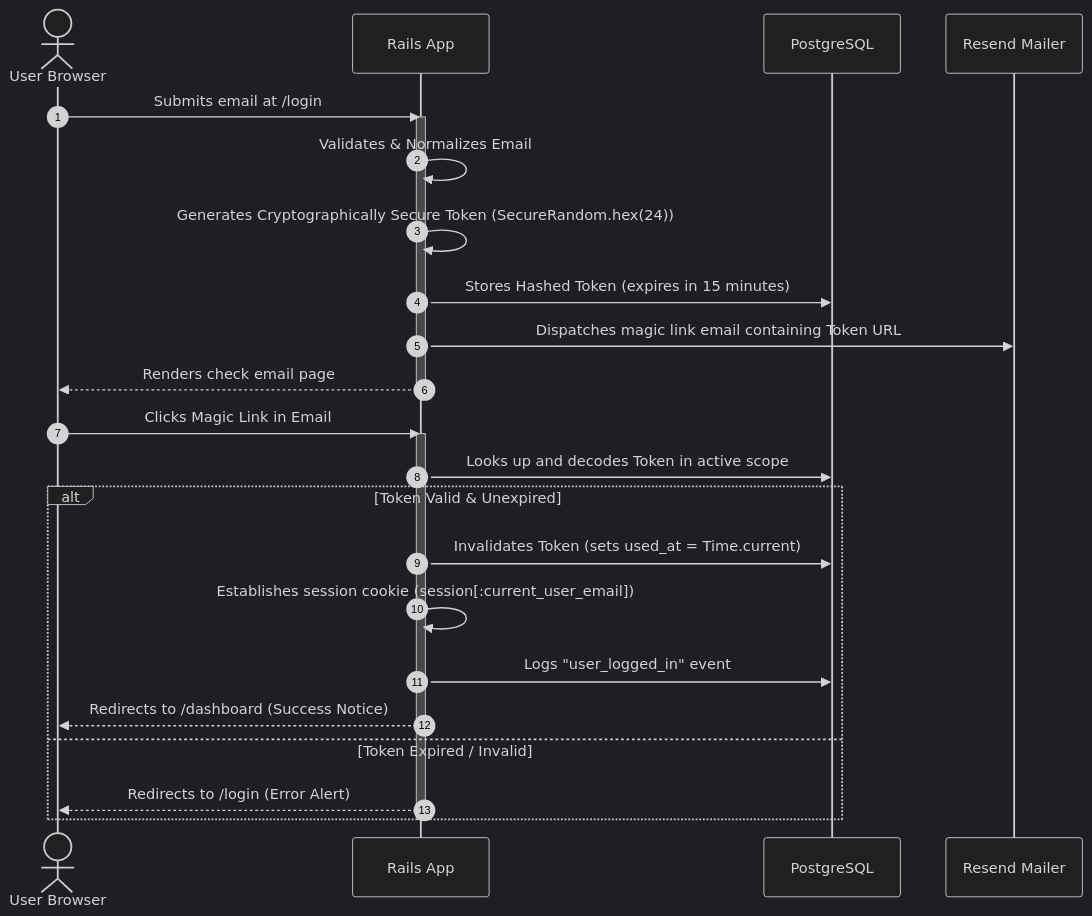
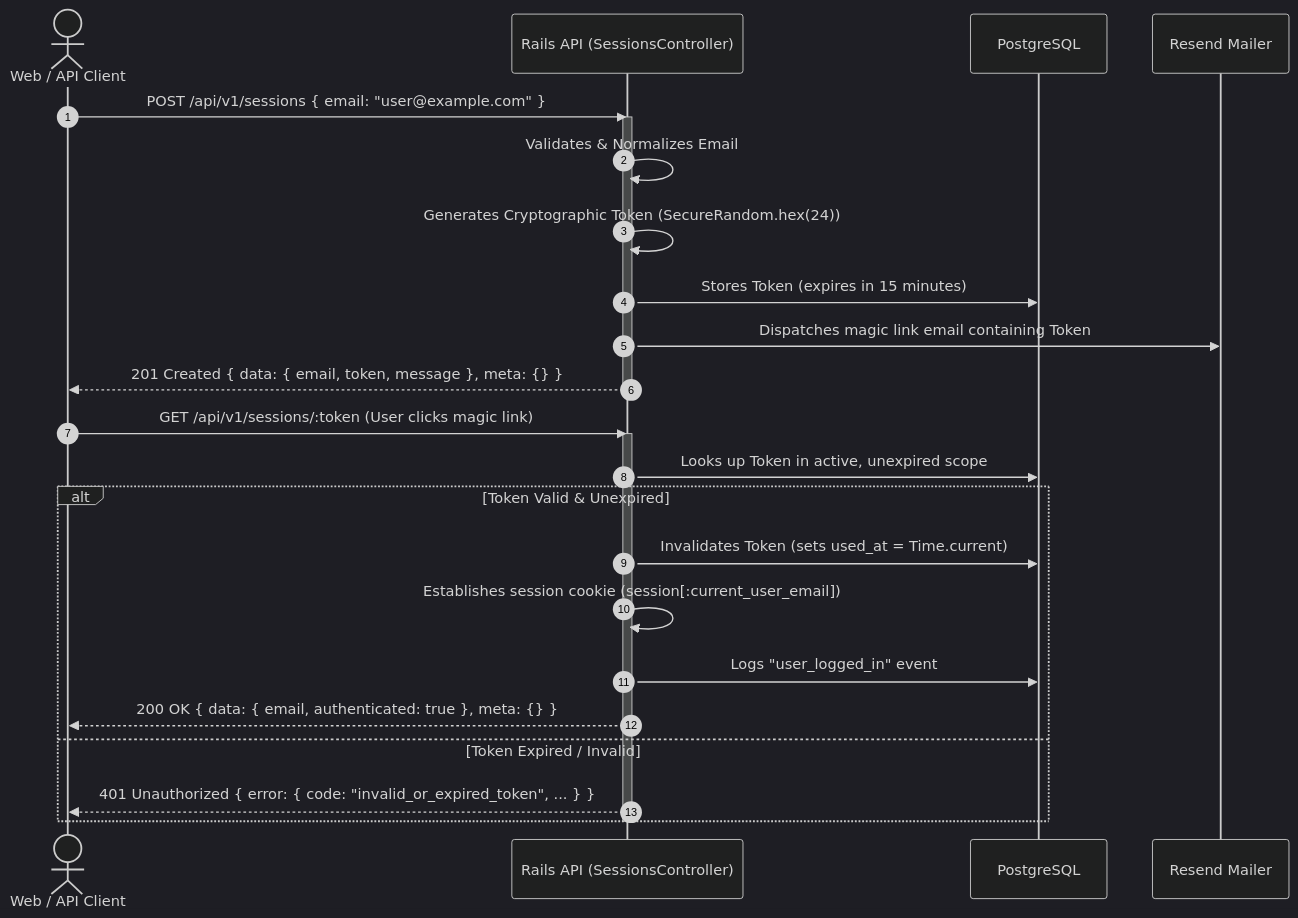
Before and after one commit to time-echo/time_echo: the second of 5 diagrams in docs/architecture.md, drawn with Mermaid (dark theme). The commit also changed other lines of this file and 2 other files, not shown here.

Commit message:
docs: update README and architecture docs and remove deprecated UI/UX

````diff
--- a/docs/architecture.md
+++ b/docs/architecture.md
@@ -136,30 +139,30 @@
 ```mermaid
 sequenceDiagram
     autonumber
-    actor User as User Browser
-    participant App as Rails App
+    actor Client as Web / API Client
+    participant API as Rails API (SessionsController)
     participant DB as PostgreSQL
     participant SMTP as Resend Mailer
 
-    User->>App: Submits email at /login
-    activate App
-    App->>App: Validates & Normalizes Email
-    App->>App: Generates Cryptographically Secure Token (SecureRandom.hex(24))
-    App->>DB: Stores Hashed Token (expires in 15 minutes)
-    App->>SMTP: Dispatches magic link email containing Token URL
-    App-->>User: Renders check email page
-    deactivate App
+    Client->>API: POST /api/v1/sessions { email: "user@example.com" }
+    activate API
+    API->>API: Validates & Normalizes Email
+    API->>API: Generates Cryptographic Token (SecureRandom.hex(24))
+    API->>DB: Stores Token (expires in 15 minutes)
+    API->>SMTP: Dispatches magic link email containing Token
+    API-->>Client: 201 Created { data: { email, token, message }, meta: {} }
+    deactivate API
 
-    User->>App: Clicks Magic Link in Email
-    activate App
-    App->>DB: Looks up and decodes Token in active scope
+    Client->>API: GET /api/v1/sessions/:token (User clicks magic link)
+    activate API
+    API->>DB: Looks up Token in active, unexpired scope
     alt Token Valid & Unexpired
-        App->>DB: Invalidates Token (sets used_at = Time.current)
-        App->>App: Establishes session cookie (session[:current_user_email])
-        App->>DB: Logs "user_logged_in" event
-        App-->>User: Redirects to /dashboard (Success Notice)
+        API->>DB: Invalidates Token (sets used_at = Time.current)
+        API->>API: Establishes session cookie (session[:current_user_email])
+        API->>DB: Logs "user_logged_in" event
+        API-->>Client: 200 OK { data: { email, authenticated: true }, meta: {} }
     else Token Expired / Invalid
-        App-->>User: Redirects to /login (Error Alert)
+        API-->>Client: 401 Unauthorized { error: { code: "invalid_or_expired_token", ... } }
     end
-    deactivate App
+    deactivate API
 ```
````
